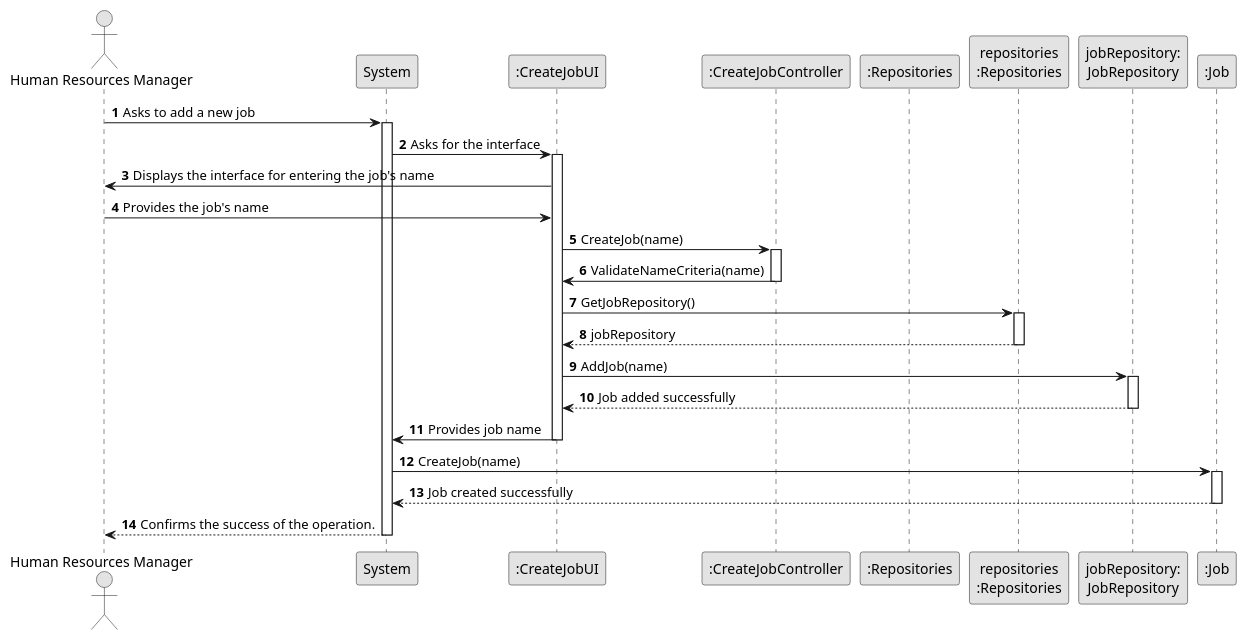
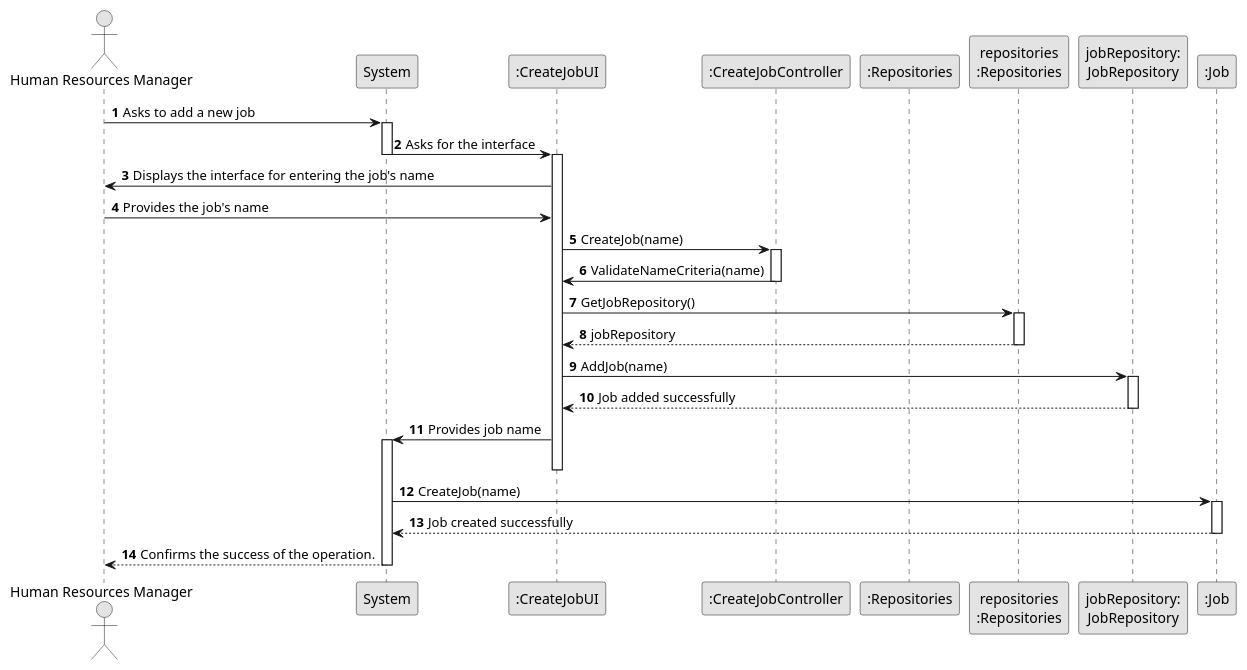
Before and after one commit to SAEmanuel/Green_Spaces_Management_ISEP: the diagram in docs/sprintB/us002/03.design/puml/us002-sequence-diagram-full.puml, drawn with PlantUML.

Commit message:
US2 - design full diagram: v4

```diff
--- a/docs/sprintB/us002/03.design/puml/us002-sequence-diagram-full.puml
+++ b/docs/sprintB/us002/03.design/puml/us002-sequence-diagram-full.puml
@@ -1,57 +1,57 @@
 @startuml
 skinparam monochrome true
 skinparam packageStyle rectangle
 skinparam shadowing false
 
 autonumber
 
 'hide footbox
 actor "Human Resources Manager" as HRM
 participant "System" as System
 participant ":CreateJobUI" as UI
 participant ":CreateJobController" as CTRL
 participant ":Repositories" as RepositorySingleton
 participant "repositories\n:Repositories" as PLAT
 participant "jobRepository:\nJobRepository" as jobRepository
 participant ":Job" as Job
 
 HRM -> System : Asks to add a new job
 activate System
-
 System -> UI : Asks for the interface
+deactivate "System"
 activate UI
 
 UI -> HRM : Displays the interface for entering the job's name
 HRM -> UI : Provides the job's name
 
 UI -> CTRL : CreateJob(name)
 activate CTRL
 
 CTRL -> UI : ValidateNameCriteria(name)
 deactivate CTRL
 
 UI -> PLAT : GetJobRepository()
 activate PLAT
 
 PLAT --> UI : jobRepository
 deactivate PLAT
 
 UI -> jobRepository : AddJob(name)
 activate jobRepository
 
 jobRepository --> UI : Job added successfully
 deactivate jobRepository
-
 UI -> System : Provides job name
+activate "System"
 deactivate UI
 
 System -> Job : CreateJob(name)
 activate Job
 
 Job --> System : Job created successfully
 deactivate Job
 
 System --> HRM : Confirms the success of the operation.
 deactivate System
 
 @enduml
```
